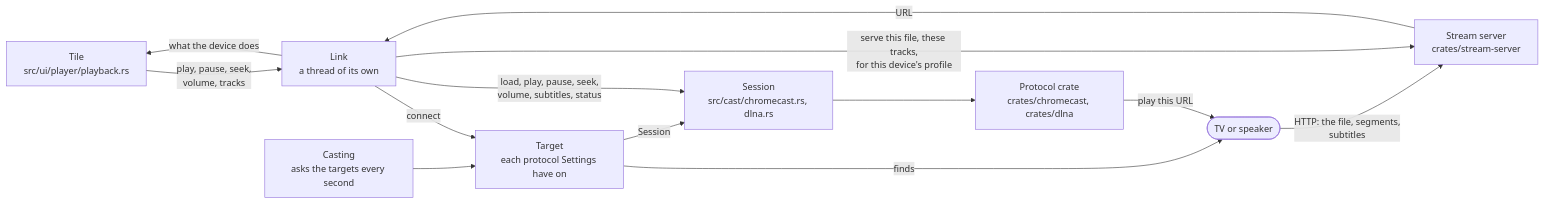
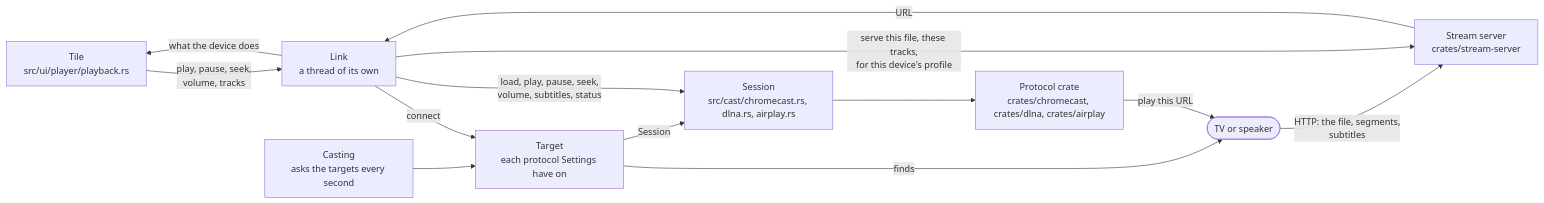
The fourth of 6 diagrams in ARCHITECTURE.md (velocityzen/Plays), drawn with Mermaid before and after one commit. The commit also changed other lines of this file and 23 other files, not shown here.

````diff
--- a/ARCHITECTURE.md
+++ b/ARCHITECTURE.md
@@ -561,15 +564,15 @@
 ```mermaid
 flowchart LR
     tile["Tile<br/>src/ui/player/playback.rs"] -->|"play, pause, seek,<br/>volume, tracks"| link["Link<br/>a thread of its own"]
     link -->|"what the device does"| tile
     casting["Casting<br/>asks the targets every second"] --> target["Target<br/>each protocol Settings have on"]
     target -->|"finds"| device(["TV or speaker"])
     link -->|"connect"| target
-    target -->|"Session"| session["Session<br/>src/cast/chromecast.rs, dlna.rs"]
+    target -->|"Session"| session["Session<br/>src/cast/chromecast.rs, dlna.rs, airplay.rs"]
     link -->|"load, play, pause, seek,<br/>volume, subtitles, status"| session
-    session --> crate["Protocol crate<br/>crates/chromecast, crates/dlna"]
+    session --> crate["Protocol crate<br/>crates/chromecast, crates/dlna, crates/airplay"]
     crate -->|"play this URL"| device
     link -->|"serve this file, these tracks,<br/>for this device's profile"| server["Stream server<br/>crates/stream-server"]
     server -->|"URL"| link
     device -->|"HTTP: the file, segments,<br/>subtitles"| server
 ```
````
